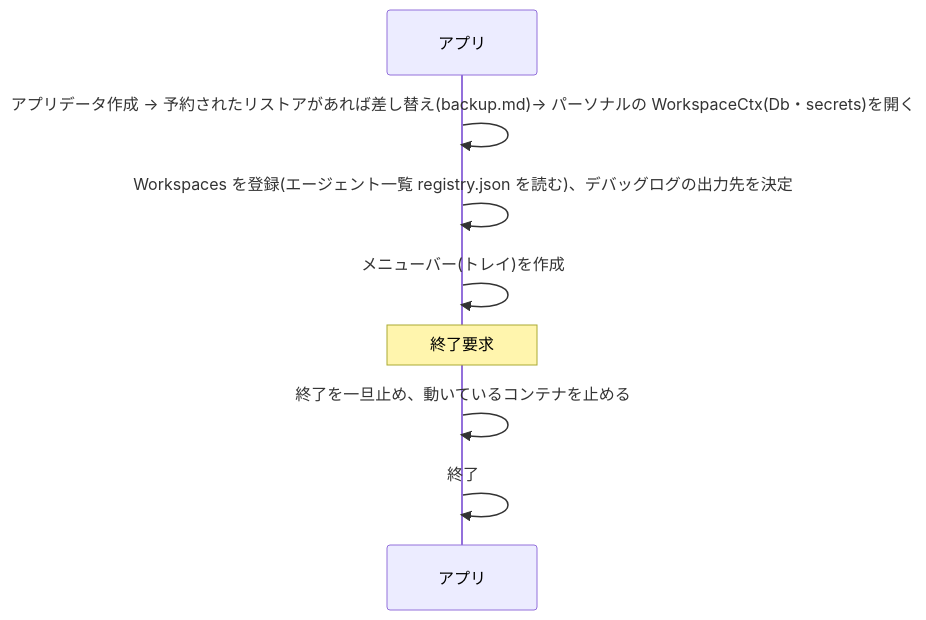
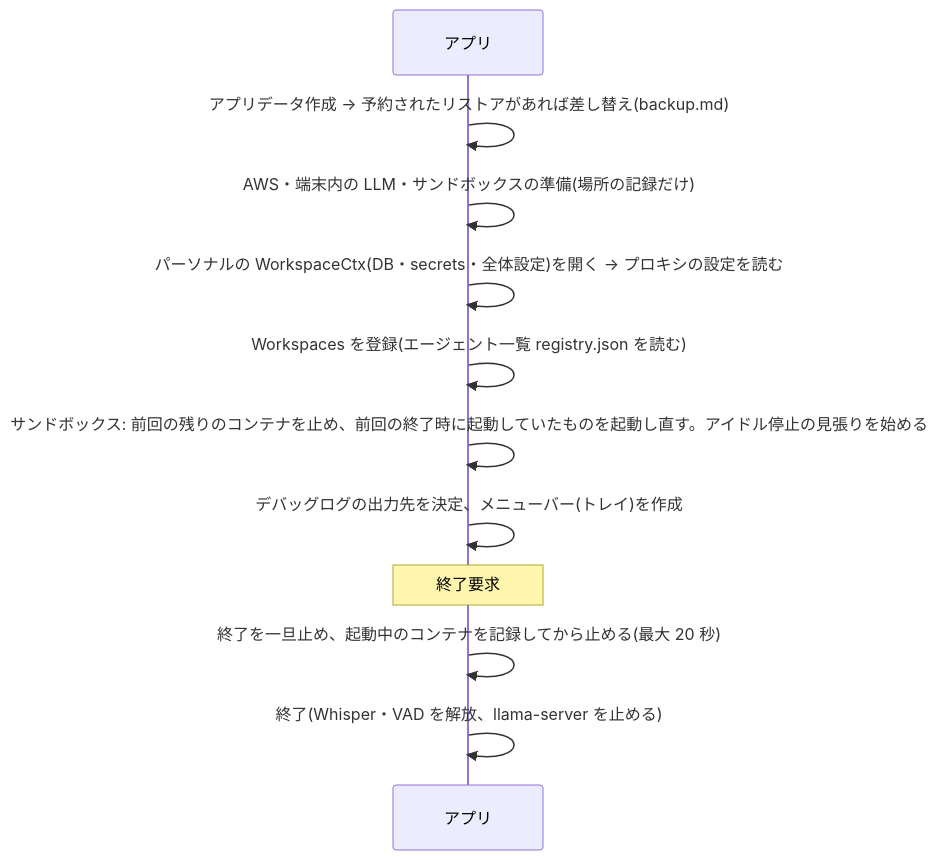
The second of 2 diagrams in docs/architecture.md (long-in/MyAssistant), drawn with Mermaid before and after one commit. The commit also changed other lines of this file and 25 other files, not shown here.

````diff
--- a/docs/architecture.md
+++ b/docs/architecture.md
@@ -85,10 +104,13 @@
 ```mermaid
 sequenceDiagram
   participant App as アプリ
-  App->>App: アプリデータ作成 → 予約されたリストアがあれば差し替え(backup.md)→ パーソナルの WorkspaceCtx(Db・secrets)を開く
-  App->>App: Workspaces を登録(エージェント一覧 registry.json を読む)、デバッグログの出力先を決定
-  App->>App: メニューバー(トレイ)を作成
+  App->>App: アプリデータ作成 → 予約されたリストアがあれば差し替え(backup.md)
+  App->>App: AWS・端末内の LLM・サンドボックスの準備(場所の記録だけ)
+  App->>App: パーソナルの WorkspaceCtx(DB・secrets・全体設定)を開く → プロキシの設定を読む
+  App->>App: Workspaces を登録(エージェント一覧 registry.json を読む)
+  App->>App: サンドボックス: 前回の残りのコンテナを止め、前回の終了時に起動していたものを起動し直す。アイドル停止の見張りを始める
+  App->>App: デバッグログの出力先を決定、メニューバー(トレイ)を作成
   Note over App: 終了要求
-  App->>App: 終了を一旦止め、動いているコンテナを止める
-  App->>App: 終了
+  App->>App: 終了を一旦止め、起動中のコンテナを記録してから止める(最大 20 秒)
+  App->>App: 終了(Whisper・VAD を解放、llama-server を止める)
 ```
````
